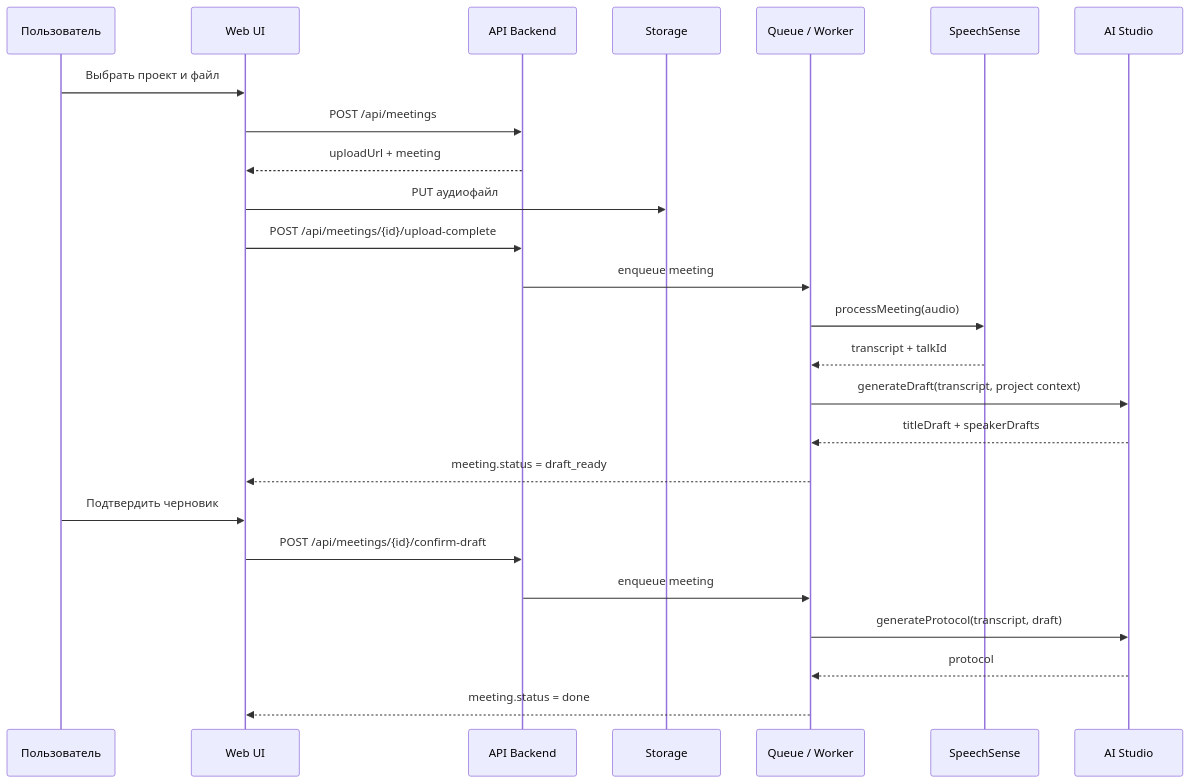
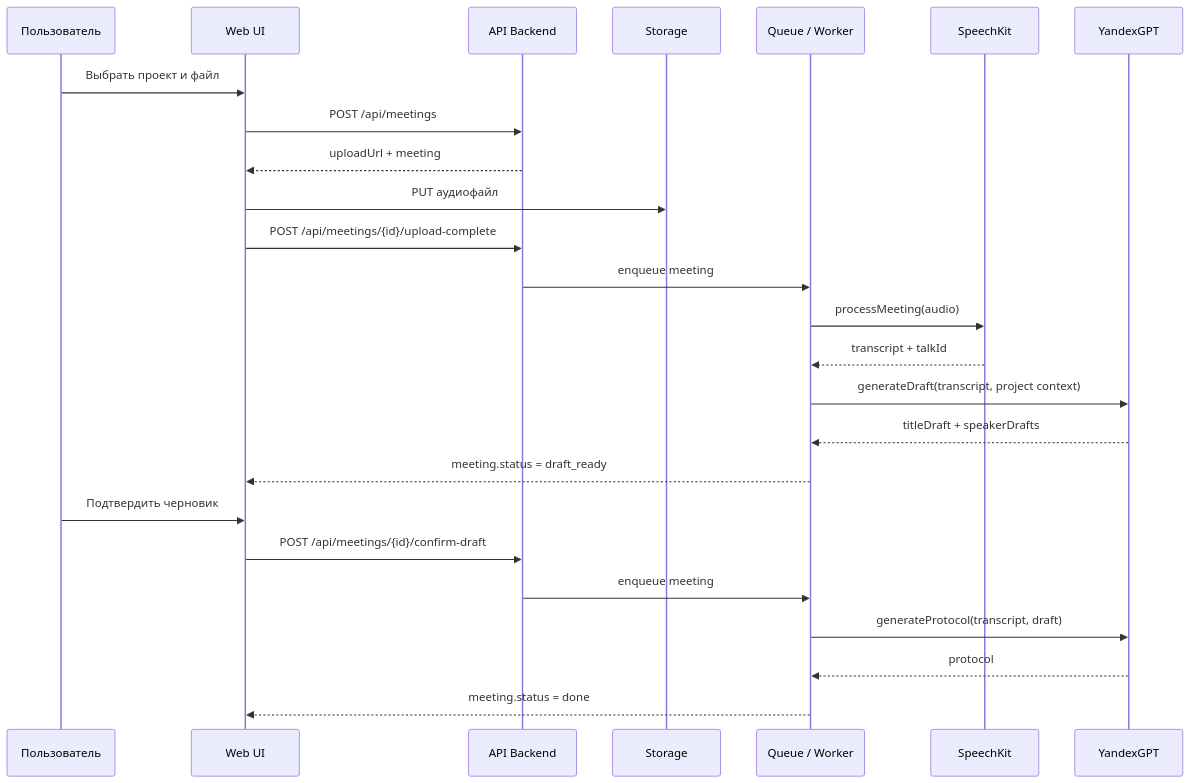
Before and after one commit to Gumbatali/YaSpeech-Public: the second of 2 diagrams in docs/project-handbook/04-system-analysis/state-and-sequence.md, drawn with Mermaid. The commit also changed 40 other files, not shown here.

````diff
--- a/docs/project-handbook/04-system-analysis/state-and-sequence.md
+++ b/docs/project-handbook/04-system-analysis/state-and-sequence.md
@@ -21,28 +21,28 @@
 ```mermaid
 sequenceDiagram
   participant U as Пользователь
   participant W as Web UI
   participant API as API Backend
   participant S as Storage
   participant Q as Queue / Worker
-  participant SS as SpeechSense
-  participant AI as AI Studio
+  participant SS as SpeechKit
+  participant AI as YandexGPT
 
   U->>W: Выбрать проект и файл
   W->>API: POST /api/meetings
   API-->>W: uploadUrl + meeting
   W->>S: PUT аудиофайл
   W->>API: POST /api/meetings/{id}/upload-complete
   API->>Q: enqueue meeting
   Q->>SS: processMeeting(audio)
   SS-->>Q: transcript + talkId
   Q->>AI: generateDraft(transcript, project context)
   AI-->>Q: titleDraft + speakerDrafts
   Q-->>W: meeting.status = draft_ready
   U->>W: Подтвердить черновик
   W->>API: POST /api/meetings/{id}/confirm-draft
   API->>Q: enqueue meeting
   Q->>AI: generateProtocol(transcript, draft)
   AI-->>Q: protocol
   Q-->>W: meeting.status = done
 ```
````
